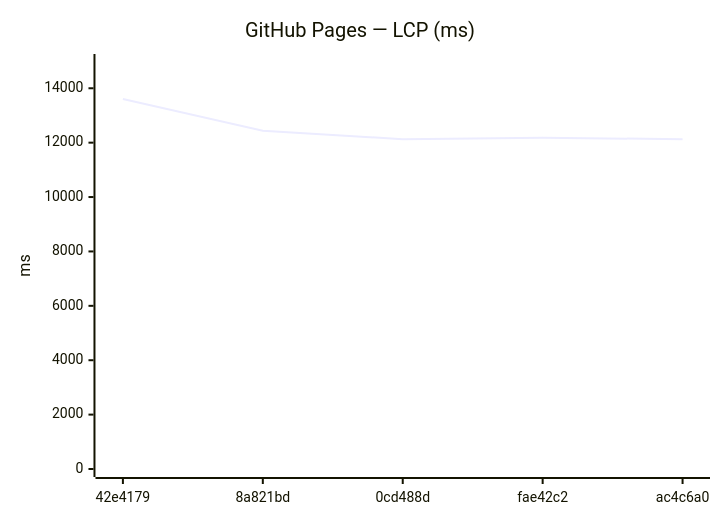
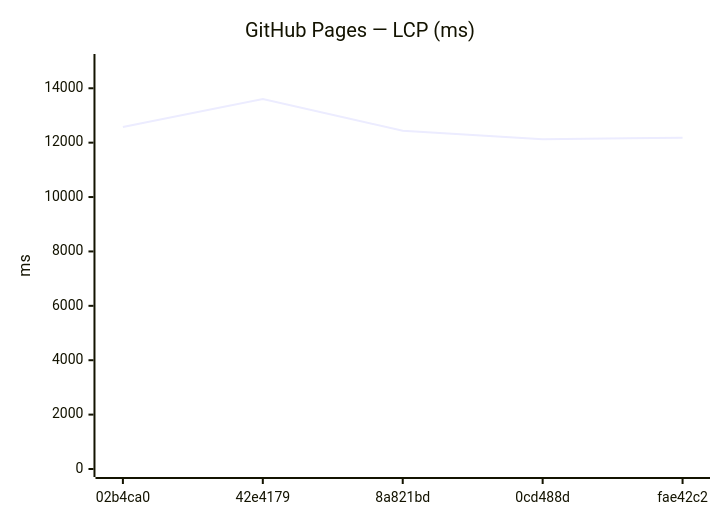
One commit to Metaheurist/Rianell changed the ninth of 18 diagrams in benchmarks/compare.md. Above: the diagram before and after it, drawn with Mermaid. The commit also changed other lines of this file and 11 other files, not shown here.

````diff
--- a/benchmarks/compare.md
+++ b/benchmarks/compare.md
@@ -142,7 +142,7 @@
 ```mermaid
 xychart-beta
     title "GitHub Pages — LCP (ms)"
-    x-axis ["42e4179", "8a821bd", "0cd488d", "fae42c2", "ac4c6a0"]
+    x-axis ["02b4ca0", "42e4179", "8a821bd", "0cd488d", "fae42c2"]
     y-axis "ms" 0 --> 14966
-    line [13605, 12438, 12126, 12180, 12127]
+    line [12578, 13605, 12438, 12126, 12180]
 ```
````
